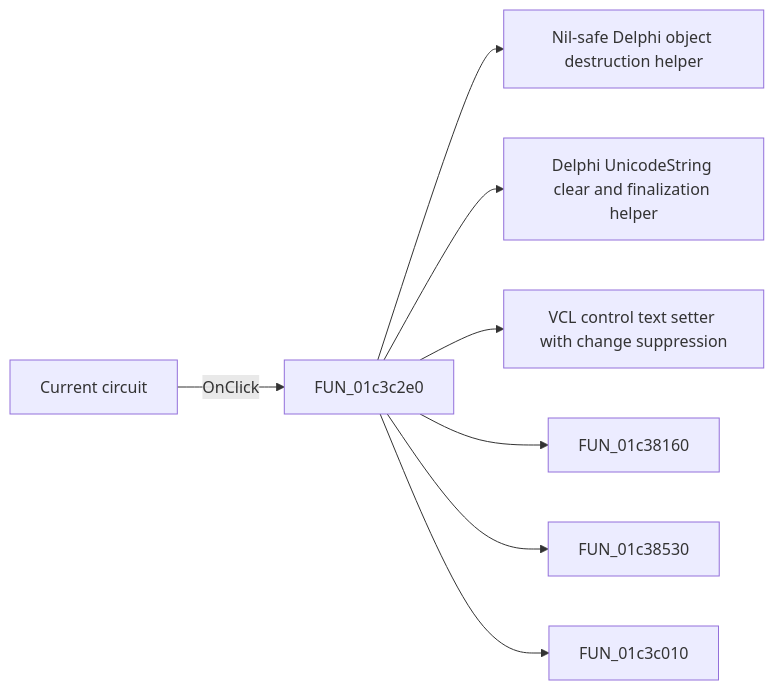
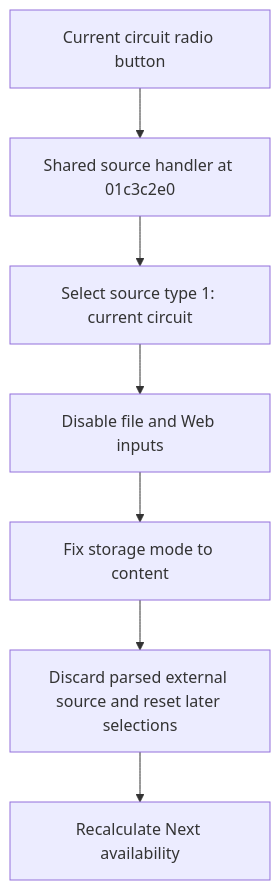
Before and after one commit to MovGP0/TIARA: the diagram in docs/ui-controls/fmacrowiz/rbcurrentcircuit-0c3b0a325a.md, drawn with Mermaid. The commit also changed other lines of this file and 387 other files, not shown here.

````diff
--- a/docs/ui-controls/fmacrowiz/rbcurrentcircuit-0c3b0a325a.md
+++ b/docs/ui-controls/fmacrowiz/rbcurrentcircuit-0c3b0a325a.md
@@ -27,10 +21,9 @@
 ```mermaid
-flowchart LR
-    control["Current circuit"] -->|OnClick| handler["FUN_01c3c2e0"]
-    handler --> call1["Nil-safe Delphi object destruction helper"]
-    handler --> call2["Delphi UnicodeString clear and finalization helper"]
-    handler --> call3["VCL control text setter with change suppression"]
-    handler --> call4["FUN_01c38160"]
-    handler --> call5["FUN_01c38530"]
-    handler --> call6["FUN_01c3c010"]
+flowchart TD
+    control["Current circuit radio button"] --> handler["Shared source handler at 01c3c2e0"]
+    handler --> mode["Select source type 1: current circuit"]
+    mode --> inputs["Disable file and Web inputs"]
+    inputs --> storage["Fix storage mode to content"]
+    storage --> reset["Discard parsed external source and reset later selections"]
+    reset --> navigation["Recalculate Next availability"]
 ```
````
